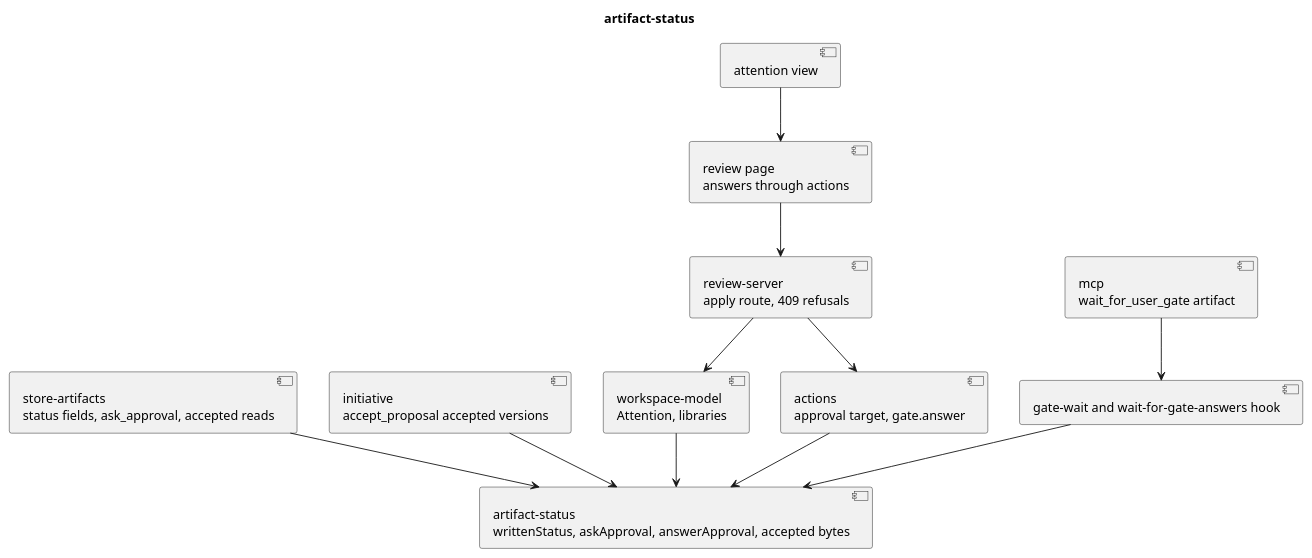
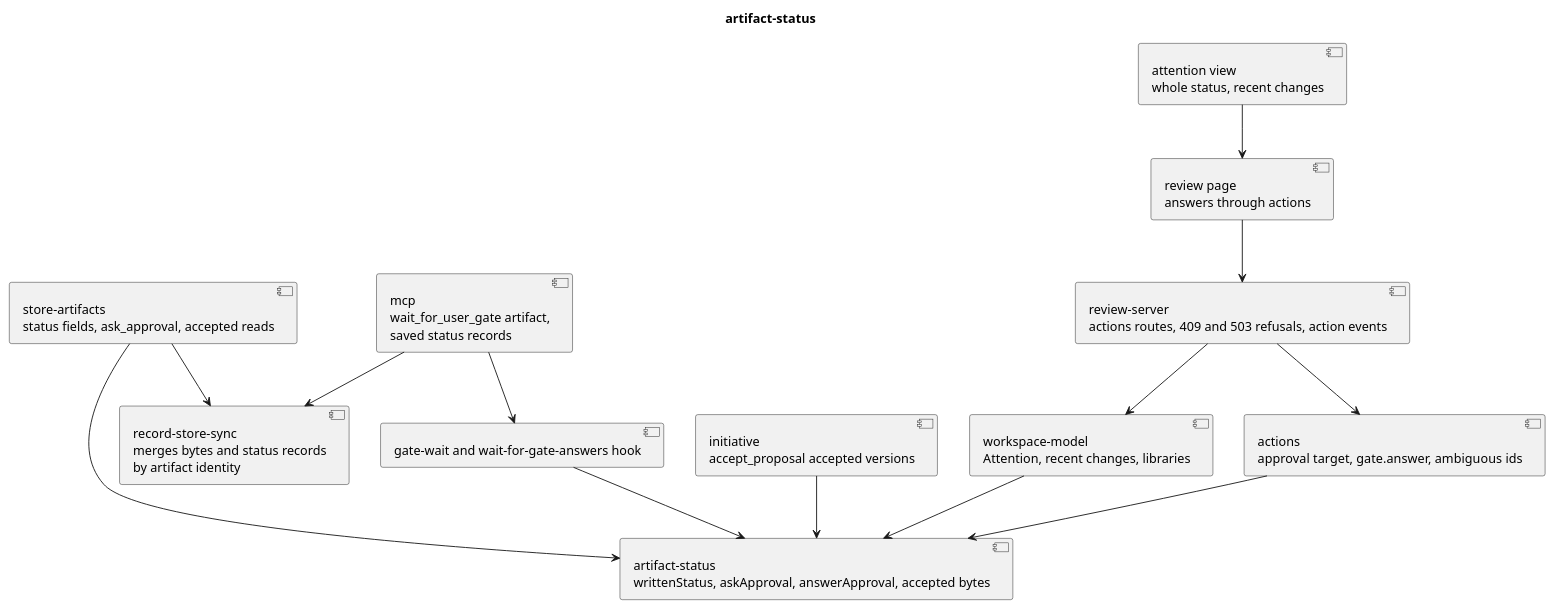
The diagram in docs/plans/workspace-artifacts/artifact-status/code.puml (RumyantsevMichael/Prism), drawn with PlantUML before and after one commit. The commit also changed 10 other files, not shown here.

First line of the commit message:
chore: give store artifacts an identity and record approvals in their history

```diff
--- a/docs/plans/workspace-artifacts/artifact-status/code.puml
+++ b/docs/plans/workspace-artifacts/artifact-status/code.puml
@@ -1,25 +1,28 @@
 @startuml
 title artifact-status
 
 component "artifact-status\nwrittenStatus, askApproval, answerApproval, accepted bytes" as status
 component "store-artifacts\nstatus fields, ask_approval, accepted reads" as tools
 component "initiative\naccept_proposal accepted versions" as initiative
-component "workspace-model\nAttention, libraries" as model
-component "actions\napproval target, gate.answer" as actions
-component "review-server\napply route, 409 refusals" as server
+component "workspace-model\nAttention, recent changes, libraries" as model
+component "actions\napproval target, gate.answer, ambiguous ids" as actions
+component "review-server\nactions routes, 409 and 503 refusals, action events" as server
 component "review page\nanswers through actions" as page
-component "attention view" as view
+component "attention view\nwhole status, recent changes" as view
 component "gate-wait and wait-for-gate-answers hook" as wait
-component "mcp\nwait_for_user_gate artifact" as mcp
+component "mcp\nwait_for_user_gate artifact,\nsaved status records" as mcp
+component "record-store-sync\nmerges bytes and status records\nby artifact identity" as sync
 
 tools --> status
 initiative --> status
 model --> status
 server --> model
 server --> actions
 actions --> status
 view --> page
 page --> server
 mcp --> wait
 wait --> status
+mcp --> sync
+tools --> sync
 @enduml
```
